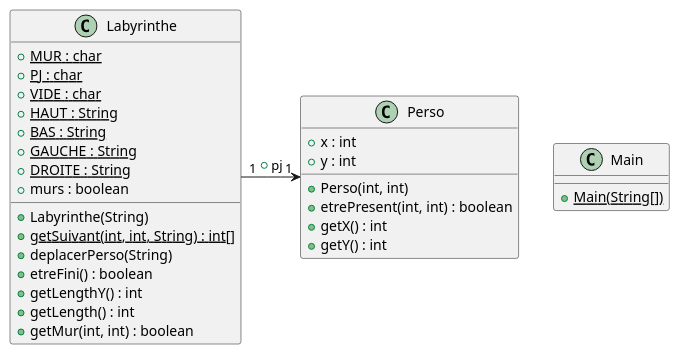
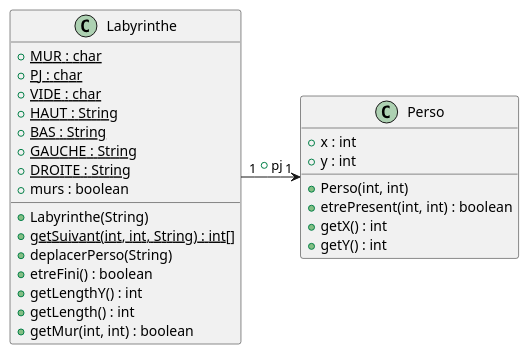
Before and after one commit to Stephane-Lpt/SAE_2.01_Zeldiablo: the diagram in documents/version_1/Q7.puml, drawn with PlantUML. The commit also changed 6 other files, not shown here.

```diff
--- a/documents/version_1/Q7.puml
+++ b/documents/version_1/Q7.puml
@@ -1,35 +1,31 @@
 @startuml
 class Labyrinthe{
     + {static} MUR : char
     + {static} PJ : char
     + {static} VIDE : char
     + {static} HAUT : String
     + {static} BAS : String
     + {static} GAUCHE : String
     + {static} DROITE : String
     + murs : boolean
 
     + Labyrinthe(String)
     + {static} getSuivant(int, int, String) : int[]
     + deplacerPerso(String)
     + etreFini() : boolean
     + getLengthY() : int
     + getLength() : int
     + getMur(int, int) : boolean
 }
 
 class Perso{
     + x : int
     + y : int
     + Perso(int, int)
     + etrePresent(int, int) : boolean
     + getX() : int
     + getY() : int
 }
 
-class Main{
-    + {static} Main(String[])
-}
-
 Labyrinthe "1" -> "1" Perso : + pj
 @enduml
```
